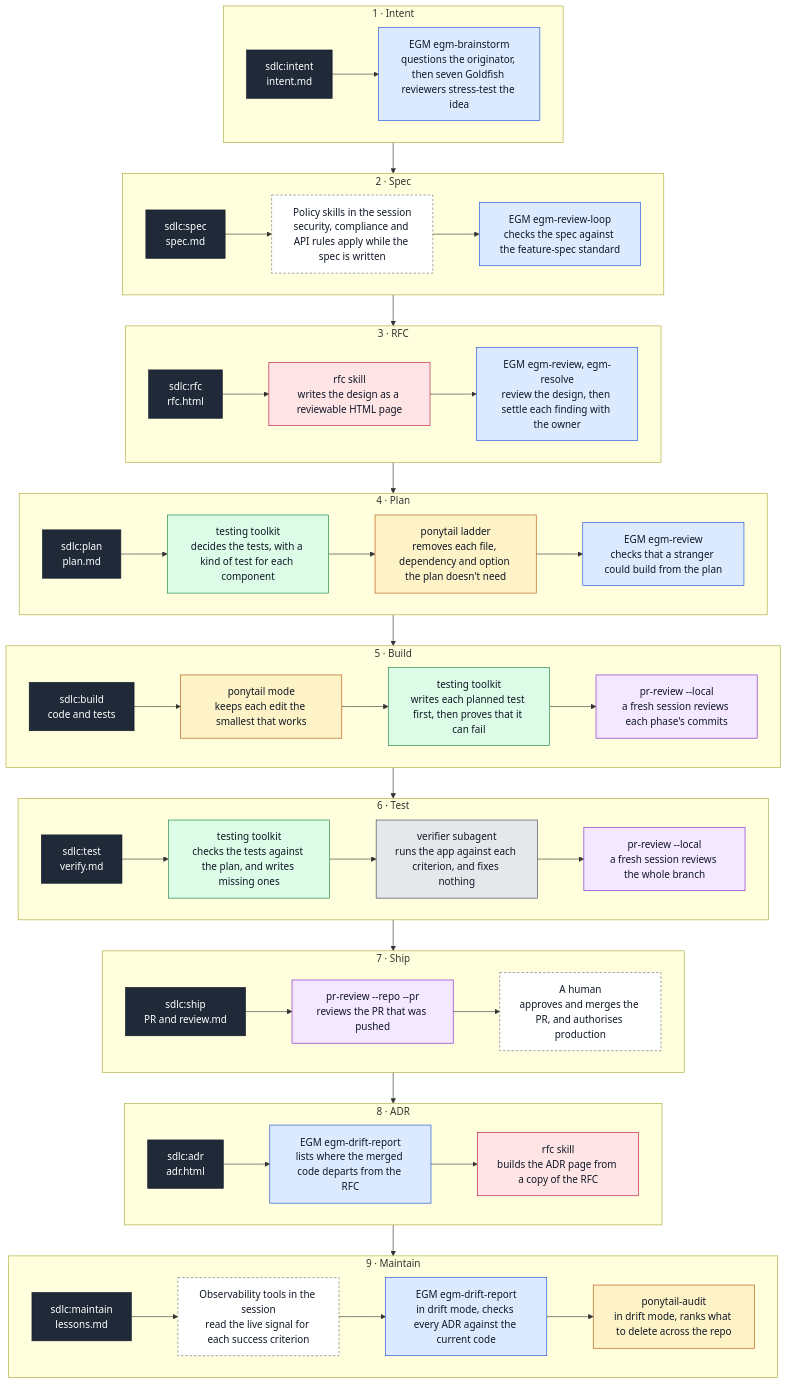
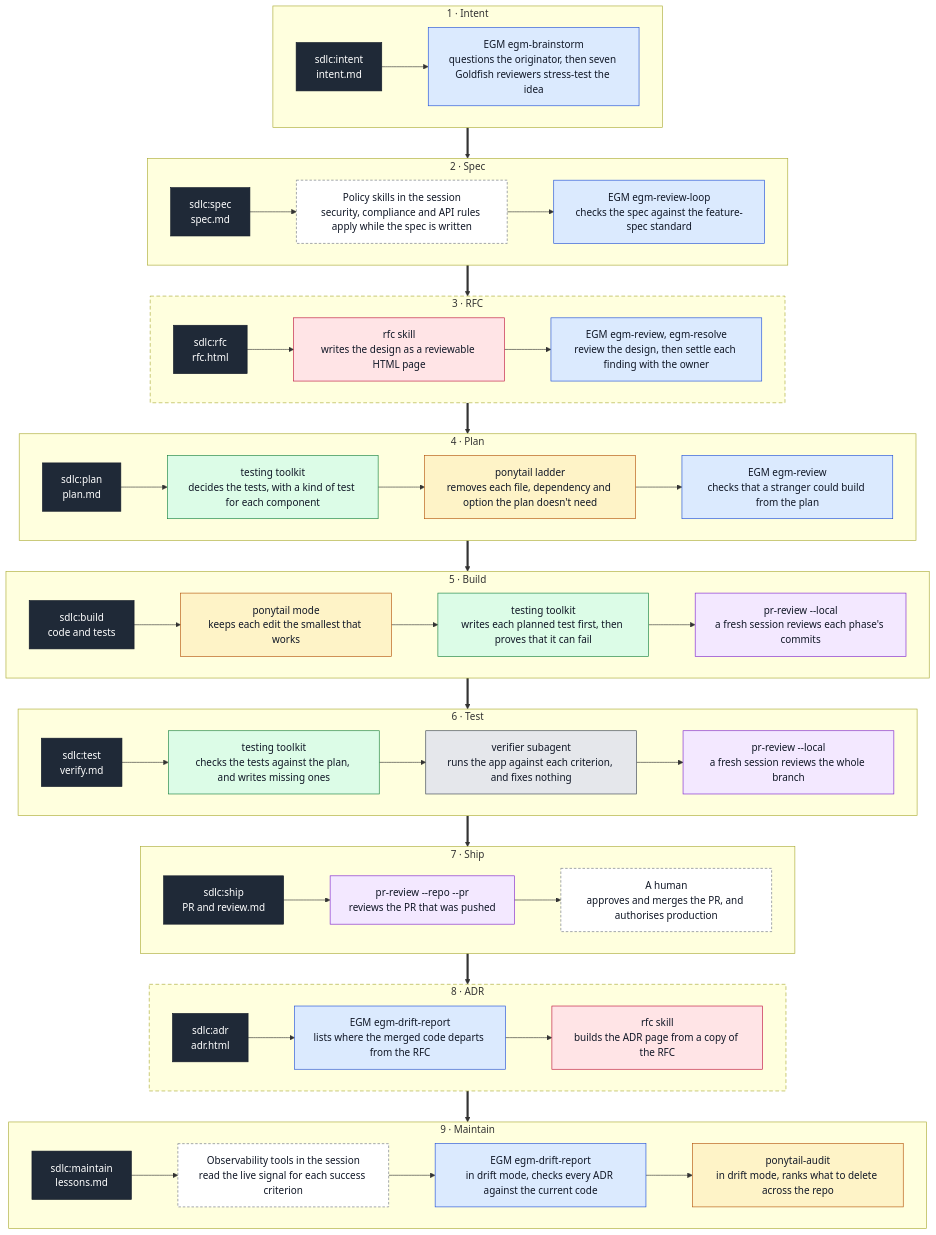
Before and after one commit to aasimsani/sdlc-toolkit: the first of 7 diagrams in README.md, drawn with Mermaid. The commit also changed other lines of this file, not shown here.

First line of the commit message:
docs(core): redraw three README diagrams that GitHub rendered too small

````diff
--- a/README.md
+++ b/README.md
@@ -53,49 +53,52 @@
 ```mermaid
+%%{init: {"flowchart": {"wrappingWidth": 280}}}%%
 flowchart TB
     classDef stage fill:#1f2937,stroke:#111827,color:#ffffff
     classDef egm fill:#dbeafe,stroke:#1d4ed8,color:#111827
     classDef rfc fill:#ffe4e6,stroke:#be123c,color:#111827
     classDef tt fill:#dcfce7,stroke:#15803d,color:#111827
     classDef pony fill:#fef3c7,stroke:#b45309,color:#111827
     classDef prr fill:#f3e8ff,stroke:#7e22ce,color:#111827
     classDef own fill:#e5e7eb,stroke:#374151,color:#111827
     classDef other fill:#ffffff,stroke:#6b7280,color:#111827,stroke-dasharray: 4 3
 
     subgraph S1["1 · Intent"]
         direction LR
         a0["sdlc:intent<br/>intent.md"]:::stage --> a1["EGM egm-brainstorm<br/>questions the originator, then seven Goldfish reviewers stress-test the idea"]:::egm
     end
     subgraph S2["2 · Spec"]
         direction LR
         b0["sdlc:spec<br/>spec.md"]:::stage --> b1["Policy skills in the session<br/>security, compliance and API rules apply while the spec is written"]:::other --> b2["EGM egm-review-loop<br/>checks the spec against the feature-spec standard"]:::egm
     end
     subgraph S3["3 · RFC"]
         direction LR
         c0["sdlc:rfc<br/>rfc.html"]:::stage --> c1["rfc skill<br/>writes the design as a reviewable HTML page"]:::rfc --> c2["EGM egm-review, egm-resolve<br/>review the design, then settle each finding with the owner"]:::egm
     end
     subgraph S4["4 · Plan"]
         direction LR
         d0["sdlc:plan<br/>plan.md"]:::stage --> d1["testing toolkit<br/>decides the tests, with a kind of test for each component"]:::tt --> d2["ponytail ladder<br/>removes each file, dependency and option the plan doesn't need"]:::pony --> d3["EGM egm-review<br/>checks that a stranger could build from the plan"]:::egm
     end
     subgraph S5["5 · Build"]
         direction LR
         e0["sdlc:build<br/>code and tests"]:::stage --> e1["ponytail mode<br/>keeps each edit the smallest that works"]:::pony --> e2["testing toolkit<br/>writes each planned test first, then proves that it can fail"]:::tt --> e3["pr-review --local<br/>a fresh session reviews each phase's commits"]:::prr
     end
     subgraph S6["6 · Test"]
         direction LR
         f0["sdlc:test<br/>verify.md"]:::stage --> f1["testing toolkit<br/>checks the tests against the plan, and writes missing ones"]:::tt --> f2["verifier subagent<br/>runs the app against each criterion, and fixes nothing"]:::own --> f3["pr-review --local<br/>a fresh session reviews the whole branch"]:::prr
     end
     subgraph S7["7 · Ship"]
         direction LR
         g0["sdlc:ship<br/>PR and review.md"]:::stage --> g1["pr-review --repo --pr<br/>reviews the PR that was pushed"]:::prr --> g2["A human<br/>approves and merges the PR, and authorises production"]:::other
     end
     subgraph S8["8 · ADR"]
         direction LR
         h0["sdlc:adr<br/>adr.html"]:::stage --> h1["EGM egm-drift-report<br/>lists where the merged code departs from the RFC"]:::egm --> h2["rfc skill<br/>builds the ADR page from a copy of the RFC"]:::rfc
     end
     subgraph S9["9 · Maintain"]
         direction LR
         j0["sdlc:maintain<br/>lessons.md"]:::stage --> j1["Observability tools in the session<br/>read the live signal for each success criterion"]:::other --> j2["EGM egm-drift-report<br/>in drift mode, checks every ADR against the current code"]:::egm --> j3["ponytail-audit<br/>in drift mode, ranks what to delete across the repo"]:::pony
     end
-    S1 --> S2 --> S3 --> S4 --> S5 --> S6 --> S7 --> S8 --> S9
+    S1 ==> S2 ==> S3 ==> S4 ==> S5 ==> S6 ==> S7 ==> S8 ==> S9
+    style S3 stroke-dasharray: 6 4
+    style S8 stroke-dasharray: 6 4
 ```
````
